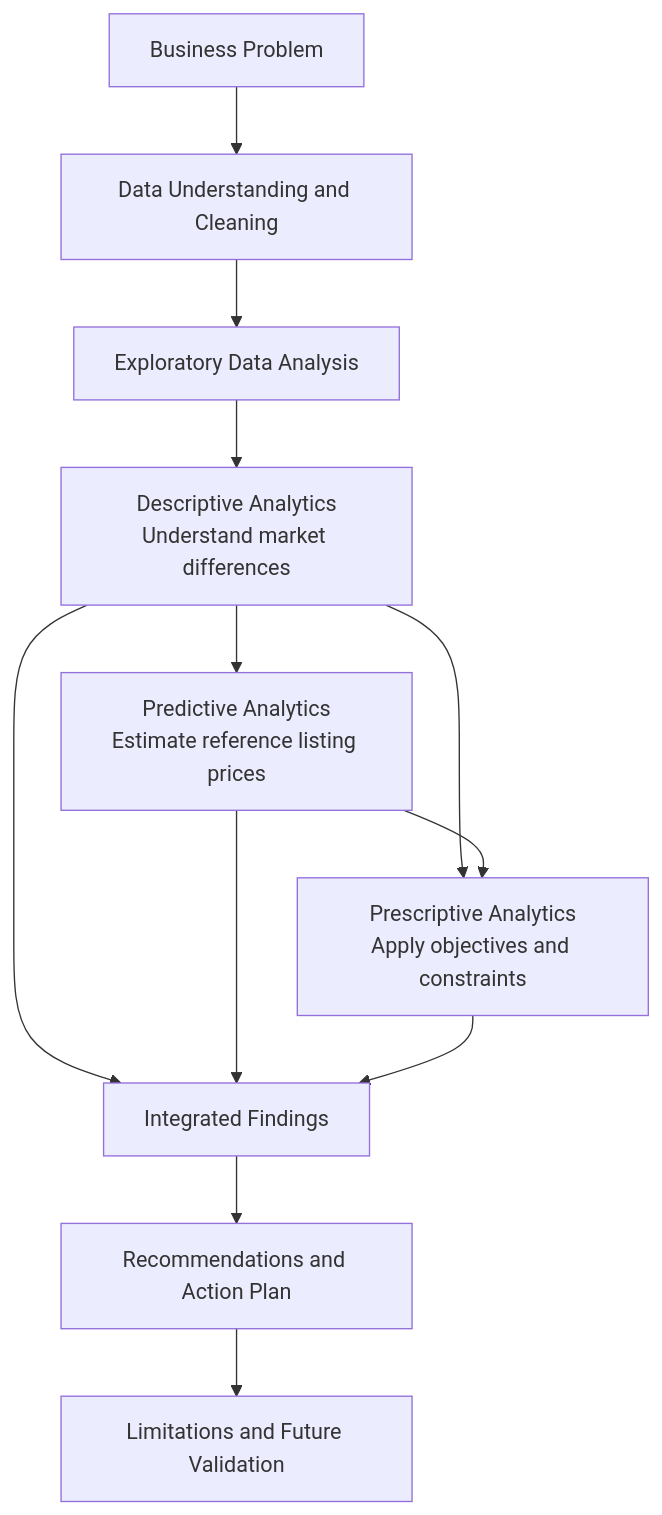
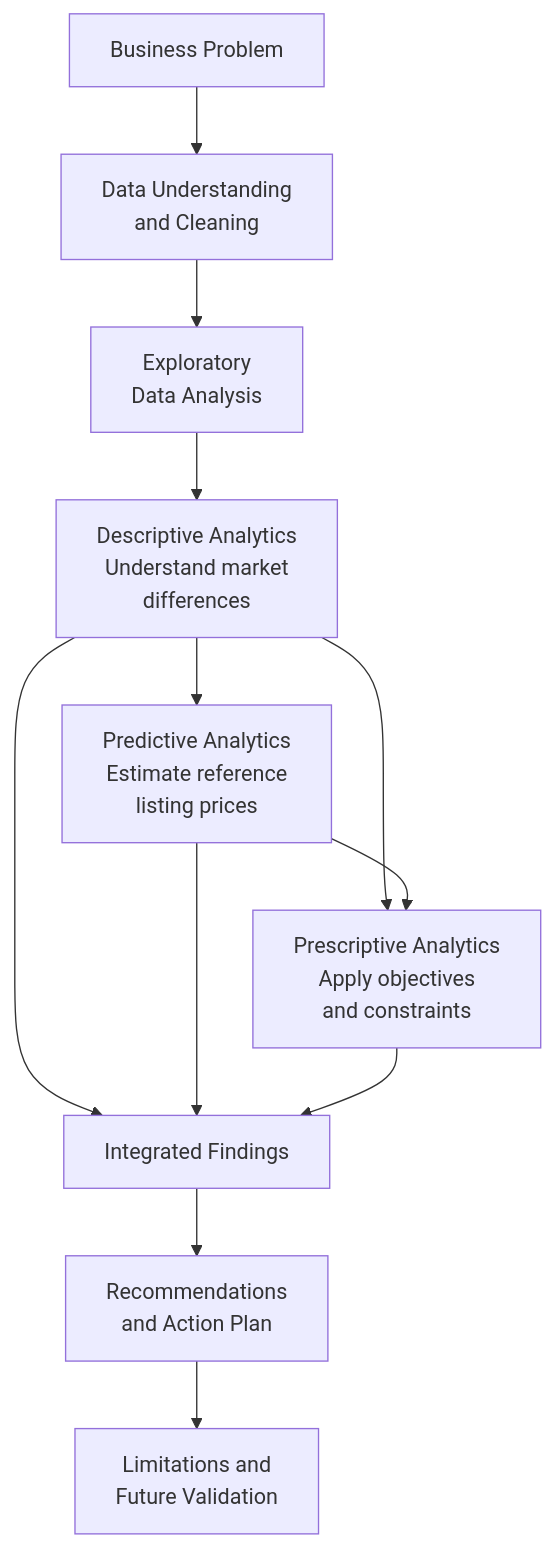
One commit to Qihang-cpu/CMCE30005-Renascence changed the diagram in README.md. Above: the diagram before and after it, drawn with Mermaid. The commit also changed other lines of this file, not shown here.

Commit message:
Update analysis code, figures, models and tables

````diff
--- a/README.md
+++ b/README.md
@@ -318,14 +320,34 @@
 ```mermaid
 flowchart TD
-    A["Business Problem"] --> B["Data Understanding and Cleaning"]
-    B --> C["Exploratory Data Analysis"]
-    C --> D["Descriptive Analytics<br/>Understand market differences"]
-    D --> E["Predictive Analytics<br/>Estimate reference listing prices"]
-    D --> F["Prescriptive Analytics<br/>Apply objectives and constraints"]
+    A["Business Problem"]
+    B["`Data Understanding
+    and Cleaning`"]
+    C["`Exploratory
+    Data Analysis`"]
+    D["`Descriptive Analytics
+    Understand market
+    differences`"]
+    E["`Predictive Analytics
+    Estimate reference
+    listing prices`"]
+    F["`Prescriptive Analytics
+    Apply objectives
+    and constraints`"]
+    G["Integrated Findings"]
+    H["`Recommendations
+    and Action Plan`"]
+    I["`Limitations and
+    Future Validation`"]
+
+    A --> B
+    B --> C
+    C --> D
+    D --> E
+    D --> F
     E --> F
-    D --> G["Integrated Findings"]
+    D --> G
     E --> G
     F --> G
-    G --> H["Recommendations and Action Plan"]
-    H --> I["Limitations and Future Validation"]
+    G --> H
+    H --> I
 ```
````
